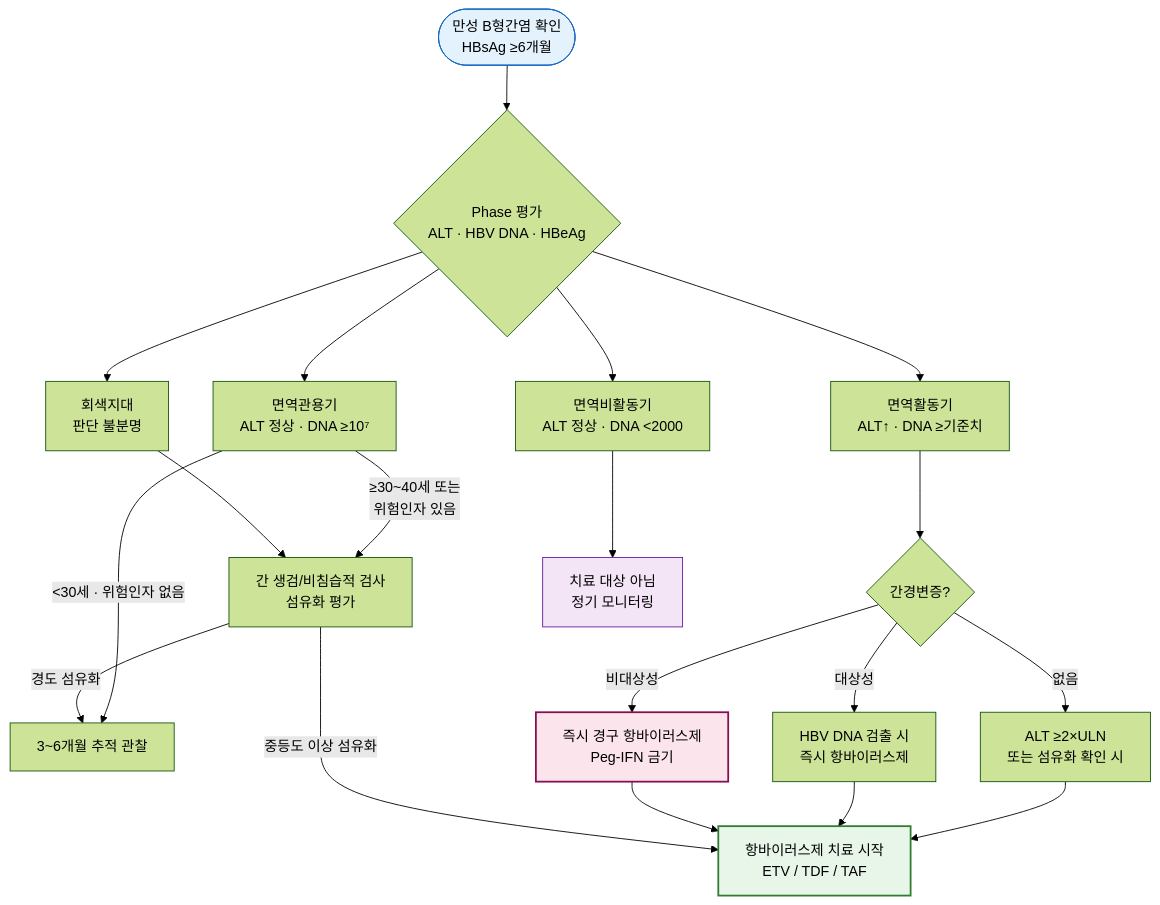
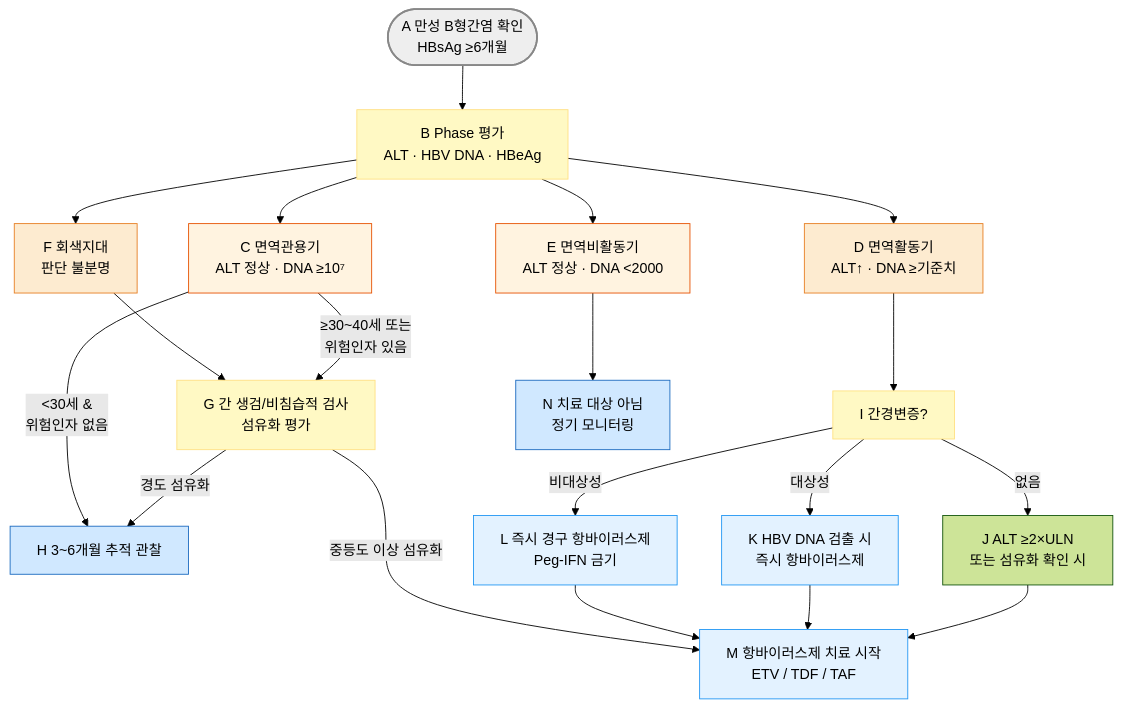
Before and after one commit to familyoh77/familyoh77: the first of 4 diagrams in 224_/091_b-hepatitis-b-viral-infection.md, drawn with Mermaid (forest theme). The commit also changed other lines of this file, not shown here.

Commit message:
GITBOOK-1003: No subject

````diff
--- a/224_/091_b-hepatitis-b-viral-infection.md
+++ b/224_/091_b-hepatitis-b-viral-infection.md
@@ -149,31 +143,34 @@
 ```mermaid
 flowchart TD
-    A([만성 B형간염 확인\nHBsAg ≥6개월]) --> B{Phase 평가\nALT · HBV DNA · HBeAg}
+    A([A 만성 B형간염 확인<br/>HBsAg ≥6개월]) --> B[B Phase 평가<br/>ALT · HBV DNA · HBeAg]
 
-    B --> C[면역관용기\nALT 정상 · DNA ≥10⁷]
-    B --> D[면역활동기\nALT↑ · DNA ≥기준치]
-    B --> E[면역비활동기\nALT 정상 · DNA <2000]
-    B --> F[회색지대\n판단 불분명]
-
-    C -->|≥30~40세 또는\n위험인자 있음| G[간 생검/비침습적 검사\n섬유화 평가]
-    C -->|<30세 · 위험인자 없음| H[3~6개월 추적 관찰]
-
-    D --> I{간경변증?}
-    I -- 없음 --> J[ALT ≥2×ULN\n또는 섬유화 확인 시]
-    I -- 대상성 --> K[HBV DNA 검출 시\n즉시 항바이러스제]
-    I -- 비대상성 --> L[즉시 경구 항바이러스제\nPeg-IFN 금기]
-
-    J --> M[항바이러스제 치료 시작\nETV / TDF / TAF]
+    B --> C[C 면역관용기<br/>ALT 정상 · DNA ≥10⁷]
+    B --> D[D 면역활동기<br/>ALT↑ · DNA ≥기준치]
+    B --> E[E 면역비활동기<br/>ALT 정상 · DNA <2000]
+    B --> F[F 회색지대<br/>판단 불분명]
+    G -->|경도 섬유화| H
+    C -->|≥30~40세 또는<br/>위험인자 있음| G[G 간 생검/비침습적 검사<br/>섬유화 평가]
+    C -->|<30세 & <br/>위험인자 없음| H[H 3~6개월 추적 관찰]
+    D --> I[I 간경변증?]
+    I -- 없음 --> J[J ALT ≥2×ULN<br/>또는 섬유화 확인 시]
+    I -- 대상성 --> K[K HBV DNA 검출 시<br/>즉시 항바이러스제]
+    I -- 비대상성 --> L[L 즉시 경구 항바이러스제<br/>Peg-IFN 금기]
+    J --> M[M 항바이러스제 치료 시작<br/>ETV / TDF / TAF]
     K --> M
     L --> M
-
-    E --> N[치료 대상 아님\n정기 모니터링]
+    E --> N[N 치료 대상 아님<br/>정기 모니터링]
     G -->|중등도 이상 섬유화| M
-    G -->|경도 섬유화| H
     F --> G
 
-    style A fill:#e3f2fd,stroke:#1565c0
-    style M fill:#e8f5e9,stroke:#2e7d32,stroke-width:2px
-    style L fill:#fce4ec,stroke:#880e4f,stroke-width:2px
-    style N fill:#f3e5f5,stroke:#6a1b9a
+style A fill:#eeeeee,stroke:#888888,stroke-width:2px
+classDef yellow fill:#fff9c4,stroke:#ffe082
+class B,I,G yellow
+classDef orange fill:#fdebd0,stroke:#e67e22
+class D,F orange
+classDef orange50 fill:#fff3e0,stroke:#e65100
+class C,E orange50
+classDef blue fill:#d0e8ff,stroke:#1a6abf
+class H,N blue
+classDef sky fill:#e3f2ff,stroke:#2196f3
+class L,K,M sky
 ```
````
